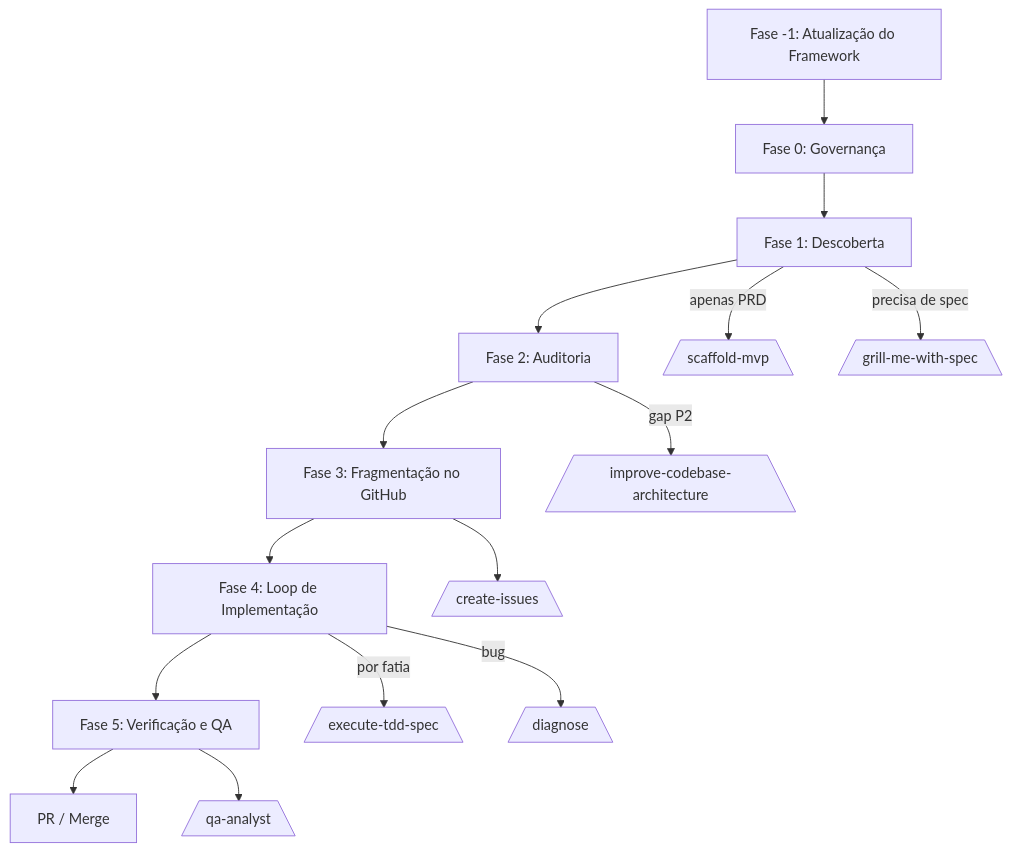
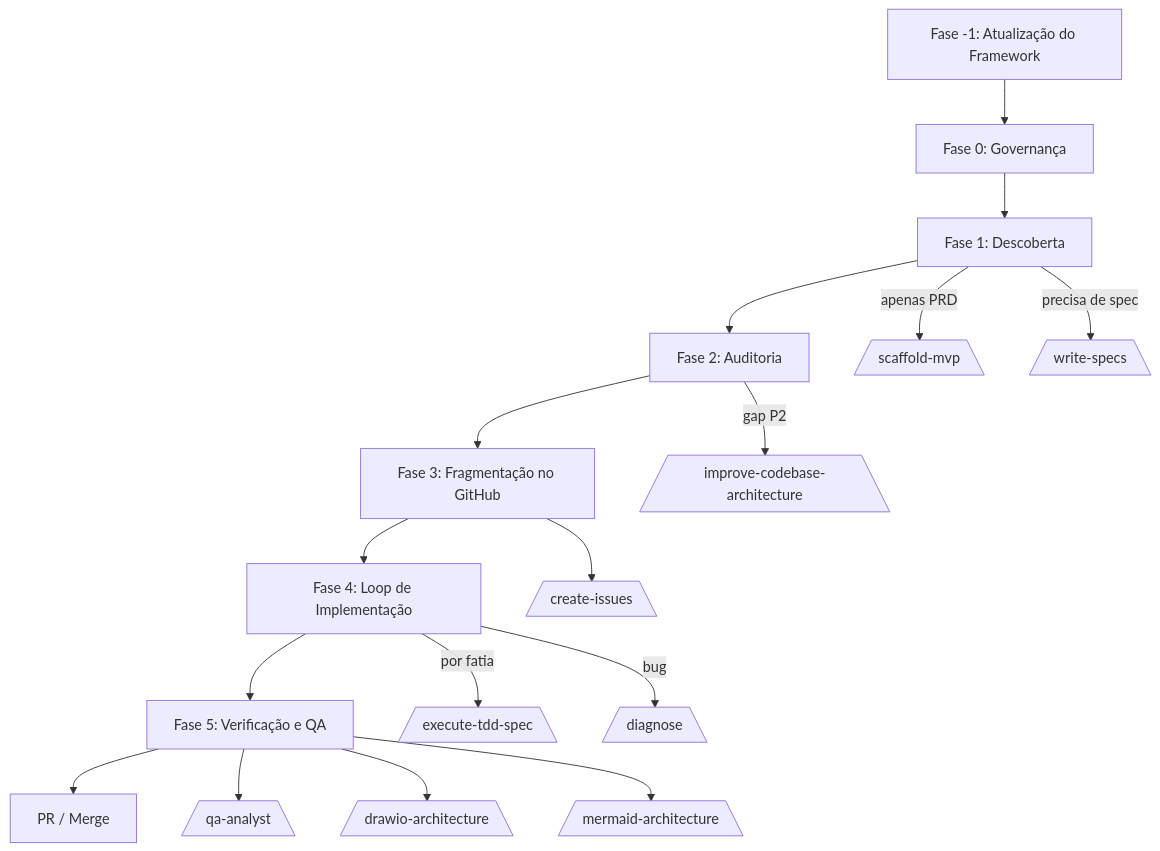
The diagram in README.pt-br.md (afonsoft/skills), drawn with Mermaid before and after one commit. The commit also changed other lines of this file and 54 other files, not shown here.

First line of the commit message:
feat(skills): rename grill-me-with-spec to write-specs and add mermaid-architecture skill

````diff
--- a/README.pt-br.md
+++ b/README.pt-br.md
@@ -86,18 +99,20 @@
 ```mermaid
 flowchart TD
     A[Fase -1: Atualização do Framework] --> B[Fase 0: Governança]
     B --> C[Fase 1: Descoberta]
     C --> D[Fase 2: Auditoria]
     D --> E[Fase 3: Fragmentação no GitHub]
     E --> F[Fase 4: Loop de Implementação]
     F --> G[Fase 5: Verificação e QA]
     G --> H[PR / Merge]
 
     C -->|apenas PRD| I[/scaffold-mvp\]
-    C -->|precisa de spec| J[/grill-me-with-spec\]
+    C -->|precisa de spec| J[/write-specs\]
     D -->|gap P2| K[/improve-codebase-architecture\]
     E --> L[/create-issues\]
     F -->|por fatia| M[/execute-tdd-spec\]
     F -->|bug| N[/diagnose\]
     G --> O[/qa-analyst\]
+    G --> P[/drawio-architecture\]
+    G --> Q[/mermaid-architecture\]
 ```
````
